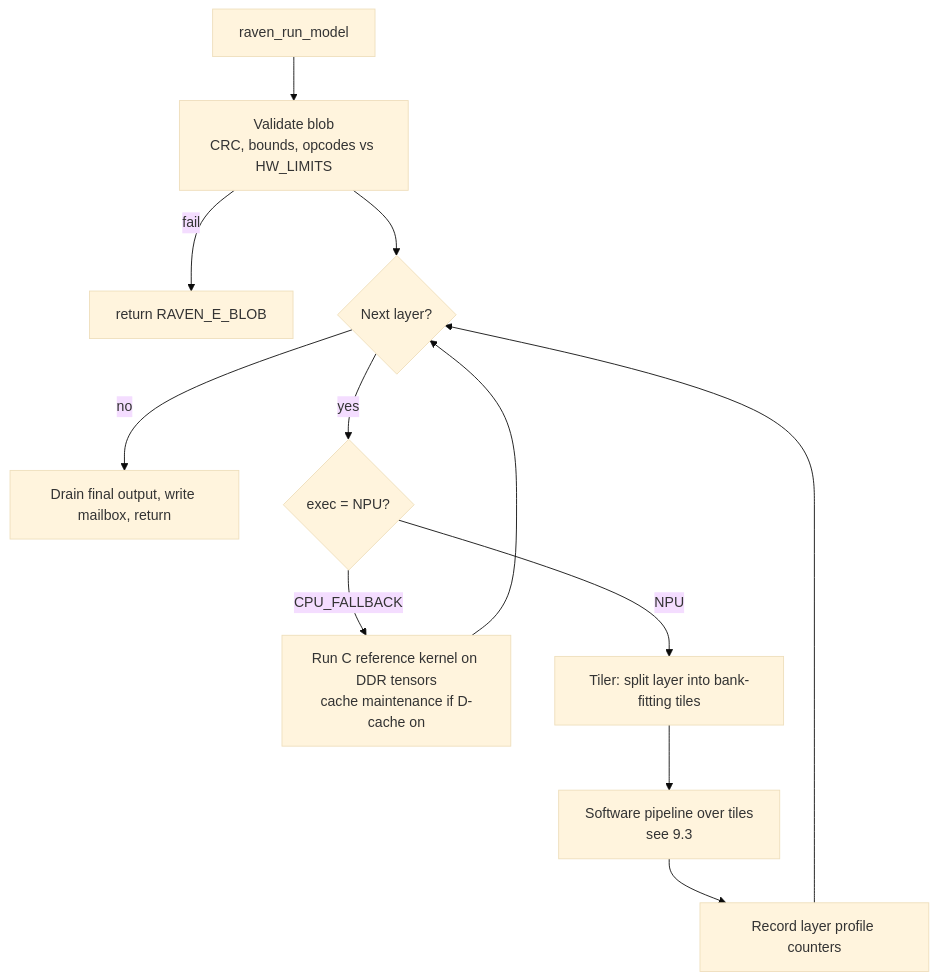
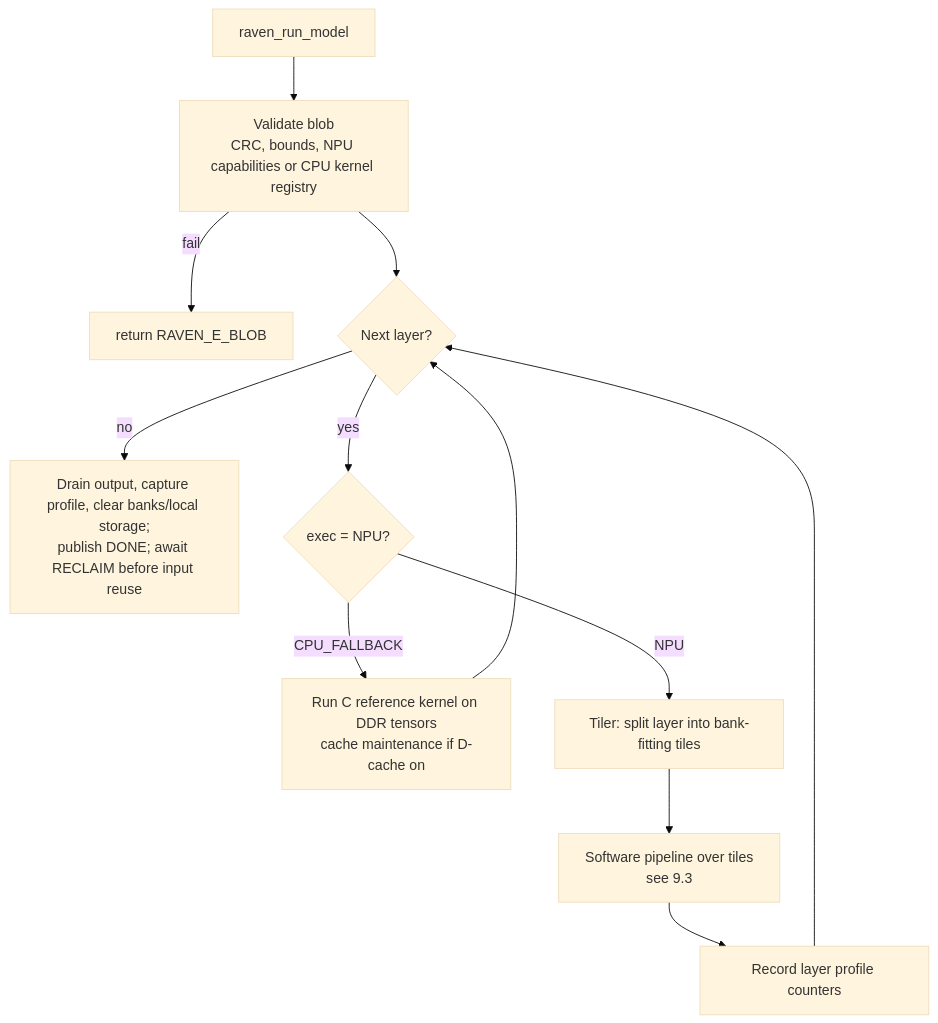
Before and after one commit to michaelgirg/raven: the seventh of 8 diagrams in docs/RISCV_Research.md, drawn with Mermaid (base theme). The commit also changed other lines of this file, not shown here.

````diff
--- a/docs/RISCV_Research.md
+++ b/docs/RISCV_Research.md
@@ -1013,14 +1042,14 @@
 ```mermaid
 flowchart TB
-    S["raven_run_model"] --> V["Validate blob<br/>CRC, bounds, opcodes vs HW_LIMITS"]
+    S["raven_run_model"] --> V["Validate blob<br/>CRC, bounds, NPU capabilities or CPU kernel registry"]
     V -->|"fail"| E["return RAVEN_E_BLOB"]
     V --> L{"Next layer?"}
-    L -->|"no"| F["Drain final output, write mailbox, return"]
+    L -->|"no"| F["Drain output, capture profile, clear banks/local storage;<br/>publish DONE; await RECLAIM before input reuse"]
     L -->|"yes"| X{"exec = NPU?"}
     X -->|"CPU_FALLBACK"| C["Run C reference kernel on DDR tensors<br/>cache maintenance if D-cache on"]
     C --> L
     X -->|"NPU"| T["Tiler: split layer into bank-fitting tiles"]
     T --> P["Software pipeline over tiles<br/>see 9.3"]
     P --> R["Record layer profile counters"]
     R --> L
 ```
````
